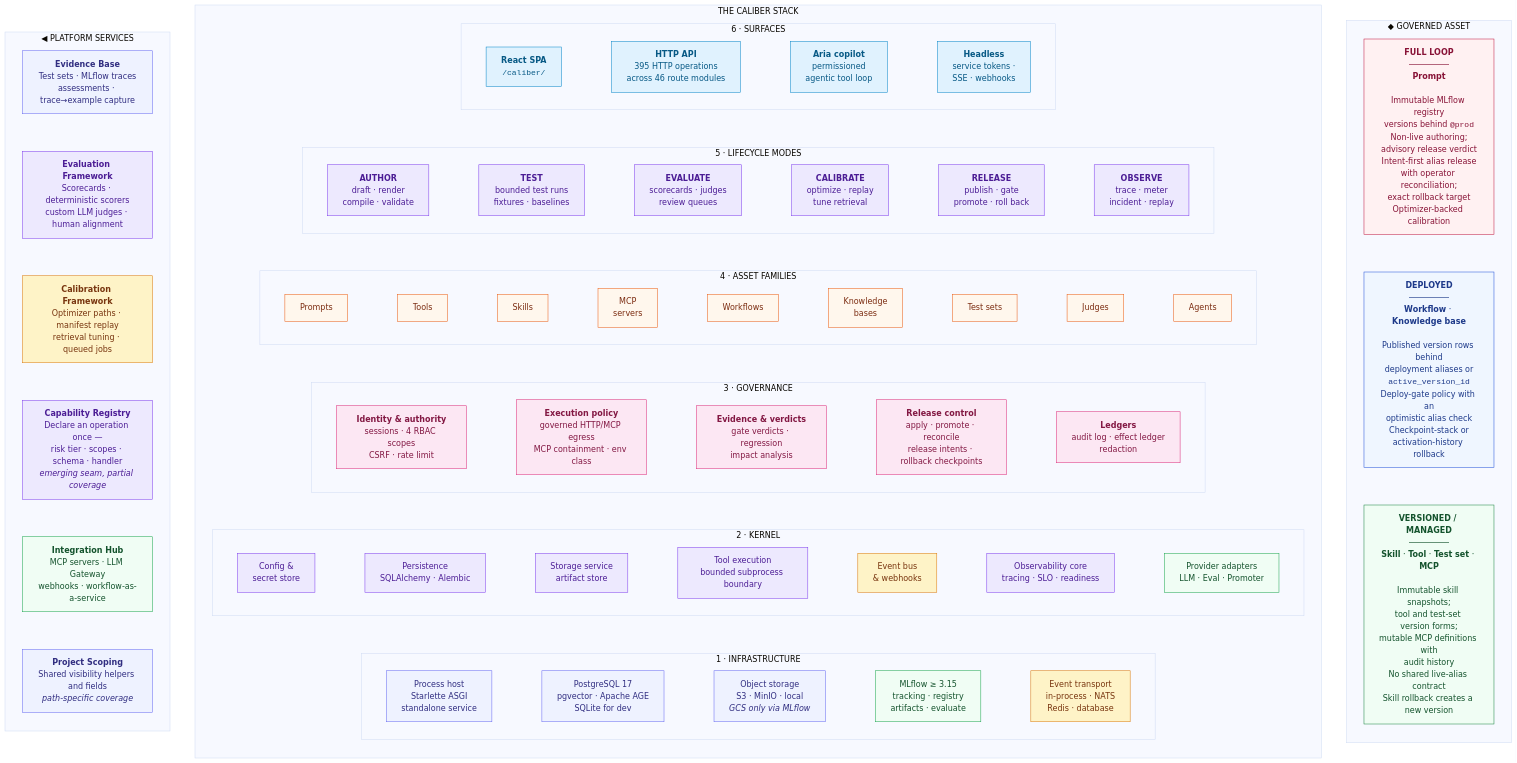
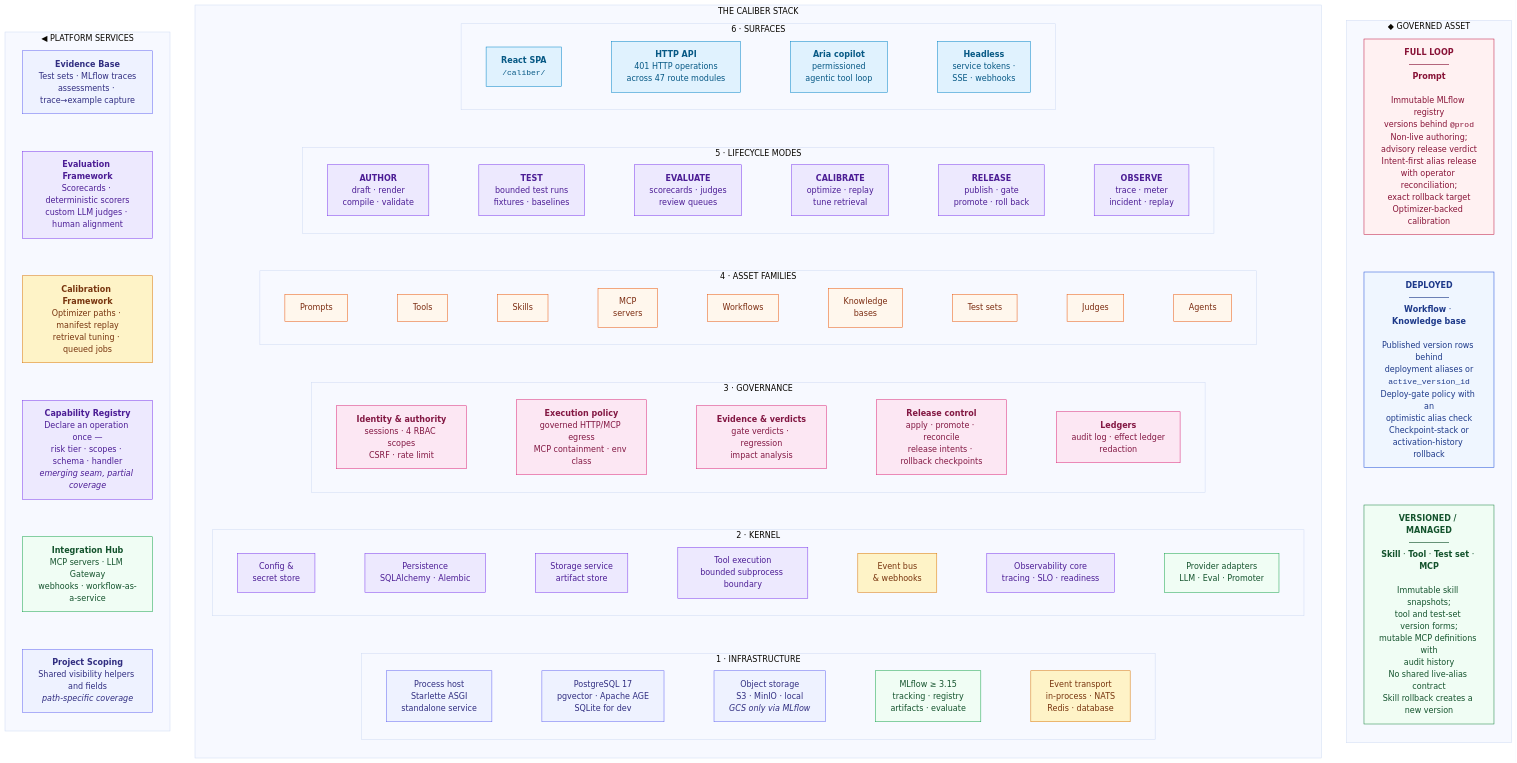
Before and after one commit to rrahimi-uci/caliber-suite: the first of 8 diagrams in ARCHITECTURE.md, drawn with Mermaid (base theme). The commit also changed 42 other files, not shown here.

```diff
--- a/ARCHITECTURE.md
+++ b/ARCHITECTURE.md
@@ -105,7 +105,7 @@
     subgraph L6["6 · SURFACES"]
       direction LR
       s1["<b>React SPA</b><br/><code>/caliber/</code>"]:::ui
-      s2["<b>HTTP API</b><br/>395 HTTP operations<br/>across 46 route modules"]:::ui
+      s2["<b>HTTP API</b><br/>401 HTTP operations<br/>across 47 route modules"]:::ui
       s3["<b>Aria copilot</b><br/>permissioned<br/>agentic tool loop"]:::ui
       s4["<b>Headless</b><br/>service tokens ·<br/>SSE · webhooks"]:::ui
       s1 --- s2 --- s3 --- s4
```
